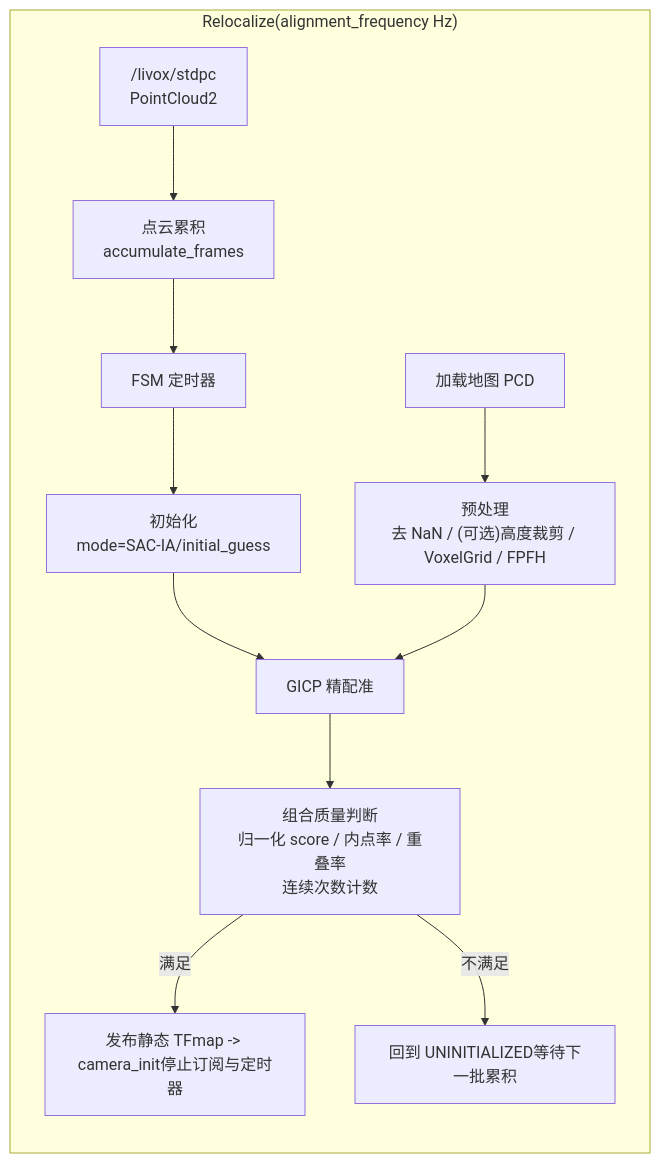
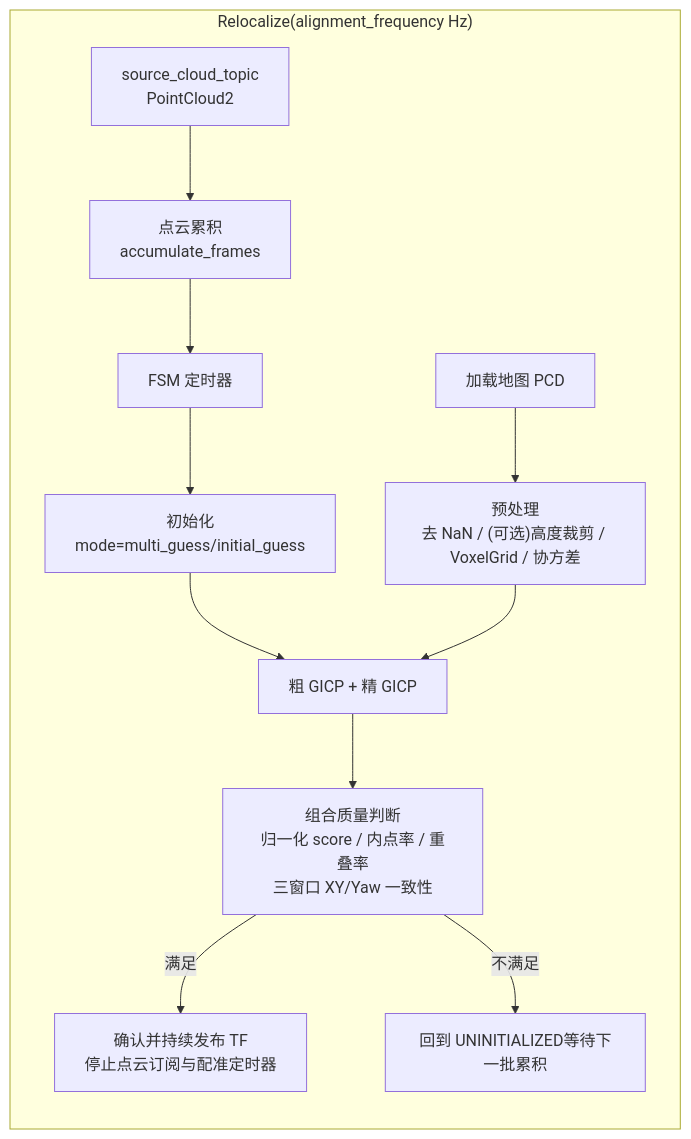
Before and after one commit to Walker152/navi_minco_bit: the diagram in src/perception/icp_relocalization/README.md, drawn with Mermaid. The commit also changed other lines of this file and 10 other files, not shown here.

````diff
--- a/src/perception/icp_relocalization/README.md
+++ b/src/perception/icp_relocalization/README.md
@@ -31,15 +31,15 @@
 ```mermaid
 flowchart RL
         
     subgraph R["Relocalize(alignment_frequency Hz)"]
-        K["加载地图 PCD"] --> L["预处理</br>去 NaN / (可选)高度裁剪 / VoxelGrid / FPFH"]
-        A["/livox/stdpc</br>PointCloud2"] --> B["点云累积\naccumulate_frames"]
+        K["加载地图 PCD"] --> L["预处理</br>去 NaN / (可选)高度裁剪 / VoxelGrid / 协方差"]
+        A["source_cloud_topic</br>PointCloud2"] --> B["点云累积\naccumulate_frames"]
         B --> C["FSM 定时器"]
-        C --> D["初始化</br>mode=SAC-IA/initial_guess"]
-        D --> E["GICP 精配准"]
-        E --> F["组合质量判断</br>归一化 score / 内点率 / 重叠率</br>连续次数计数"]
-        F -->|"满足"| G["发布静态 TFmap -> camera_init停止订阅与定时器"]
+        C --> D["初始化</br>mode=multi_guess/initial_guess"]
+        D --> E["粗 GICP + 精 GICP"]
+        E --> F["组合质量判断</br>归一化 score / 内点率 / 重叠率</br>三窗口 XY/Yaw 一致性"]
+        F -->|"满足"| G["确认并持续发布 TF</br>停止点云订阅与配准定时器"]
         F -->|"不满足"| H["回到 UNINITIALIZED等待下一批累积"]
     end
     L --> E
 ```
````
